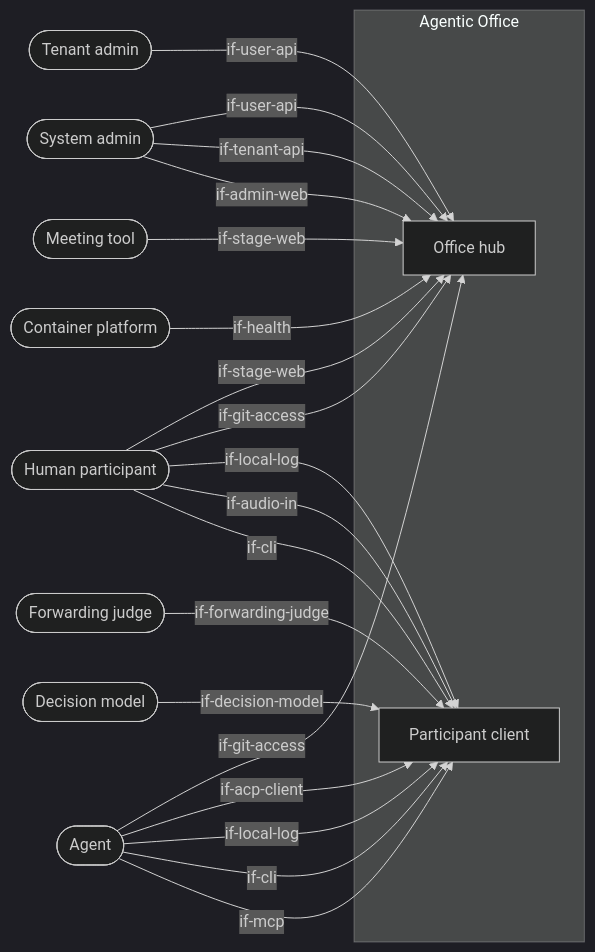
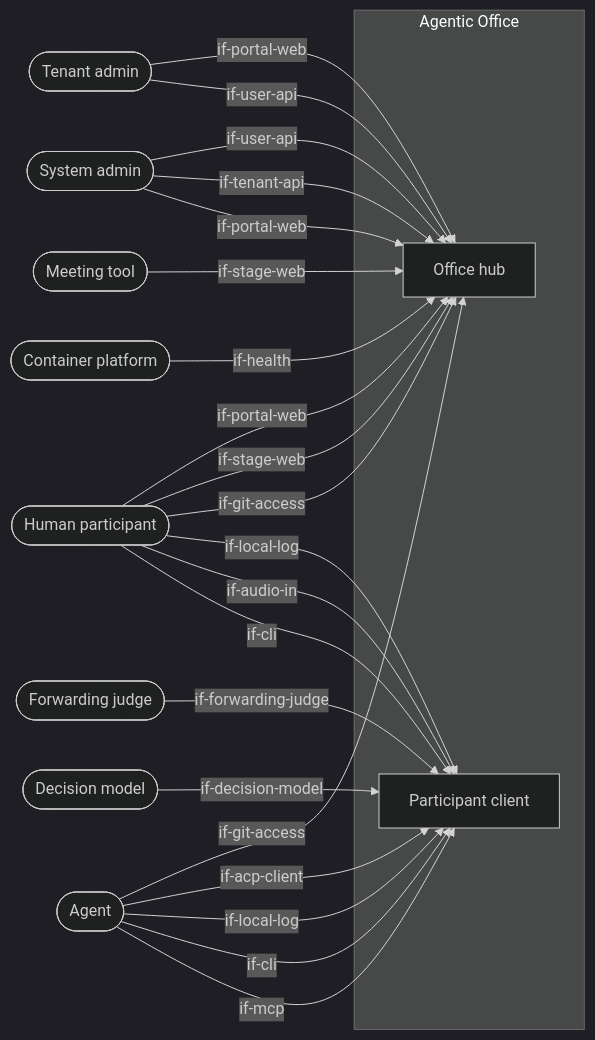
One commit to mrsimpson/agentic-office changed the diagram in docs/architecture/03-system-context.arc42.md. Above: the diagram before and after it, drawn with Mermaid (dark theme). The commit also changed other lines of this file and 26 other files, not shown here.

First line of the commit message:
feat!: the portal replaces the admin view (dec-web-portal) (#181)

````diff
--- a/docs/architecture/03-system-context.arc42.md
+++ b/docs/architecture/03-system-context.arc42.md
@@ -20,33 +20,35 @@
 ```mermaid
 flowchart LR
     actor_agent([Agent])
     actor_container_platform([Container platform])
     actor_decision_model([Decision model])
     actor_forwarding_judge([Forwarding judge])
     actor_human([Human participant])
     actor_meeting_tool([Meeting tool])
     actor_system_admin([System admin])
     actor_tenant_admin([Tenant admin])
     subgraph office [Agentic Office]
         bb_office_hub[Office hub]
         bb_participant_client[Participant client]
     end
     actor_agent -->|if-mcp| bb_participant_client
     actor_agent -->|if-cli| bb_participant_client
     actor_agent -->|if-local-log| bb_participant_client
     actor_agent -->|if-acp-client| bb_participant_client
     actor_agent -->|if-git-access| bb_office_hub
     actor_container_platform -->|if-health| bb_office_hub
     actor_decision_model -->|if-decision-model| bb_participant_client
     actor_forwarding_judge -->|if-forwarding-judge| bb_participant_client
     actor_human -->|if-cli| bb_participant_client
     actor_human -->|if-audio-in| bb_participant_client
     actor_human -->|if-local-log| bb_participant_client
     actor_human -->|if-git-access| bb_office_hub
     actor_human -->|if-stage-web| bb_office_hub
+    actor_human -->|if-portal-web| bb_office_hub
     actor_meeting_tool -->|if-stage-web| bb_office_hub
-    actor_system_admin -->|if-admin-web| bb_office_hub
+    actor_system_admin -->|if-portal-web| bb_office_hub
     actor_system_admin -->|if-tenant-api| bb_office_hub
     actor_system_admin -->|if-user-api| bb_office_hub
     actor_tenant_admin -->|if-user-api| bb_office_hub
+    actor_tenant_admin -->|if-portal-web| bb_office_hub
 ```
````
